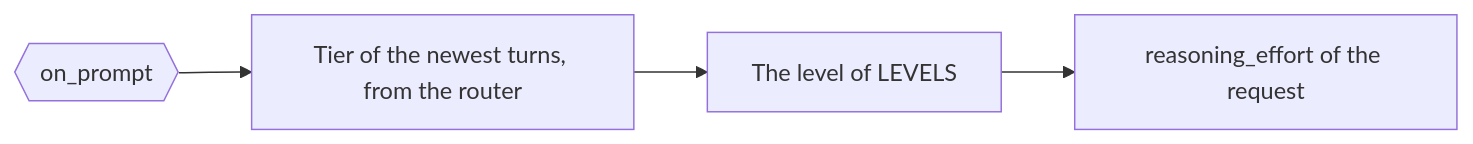
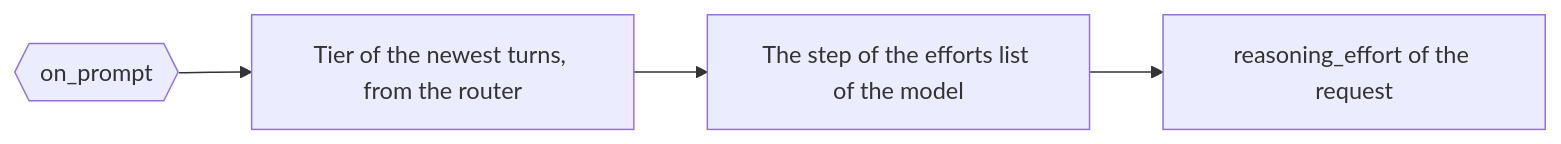
The second of 2 diagrams in docs/hooks/owui_auto_reasoning_effort.md (nemoe7/daedalus), drawn with Mermaid before and after one commit. The commit also changed other lines of this file and 6 other files, not shown here.

````diff
--- a/docs/hooks/owui_auto_reasoning_effort.md
+++ b/docs/hooks/owui_auto_reasoning_effort.md
@@ -23,6 +23,6 @@
 ```mermaid
 flowchart LR
   E{{on_prompt}} --> F[Tier of the newest turns, from the router]
-  F --> G[The level of LEVELS]
+  F --> G[The step of the efforts list of the model]
   G --> H[reasoning_effort of the request]
 ```
````
